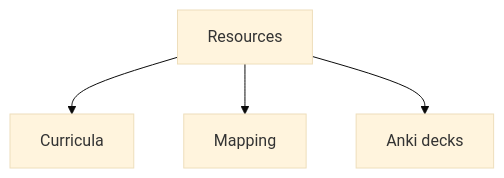
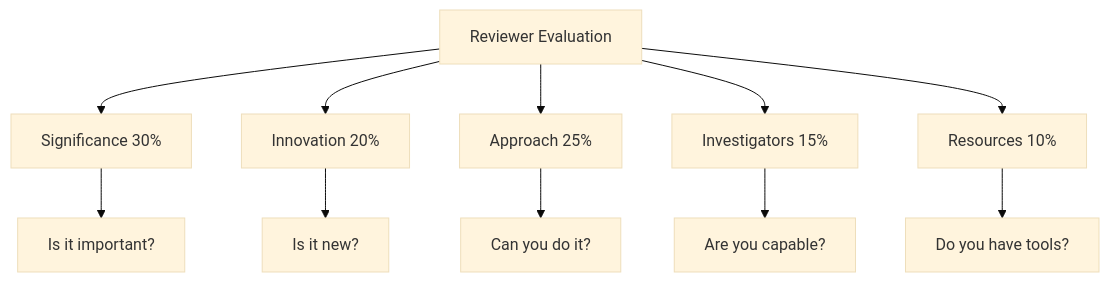
The seventh of 7 diagrams in 04_MPhil_PhD_Prep/mock_research_proposals/README.md (yip-lgtm/PhysicsSelfStudy), drawn with Mermaid (base theme) before and after one commit. The commit also changed other lines of this file and 4 other files, not shown here.

````diff
--- a/04_MPhil_PhD_Prep/mock_research_proposals/README.md
+++ b/04_MPhil_PhD_Prep/mock_research_proposals/README.md
@@ -140,6 +589,13 @@
 ```mermaid
 graph TD
-    A[Resources] --> B[Curricula]
-    A --> C[Mapping]
-    A --> D[Anki decks]
+    A[Reviewer Evaluation] --> B[Significance 30%]
+    A --> C[Innovation 20%]
+    A --> D[Approach 25%]
+    A --> E[Investigators 15%]
+    A --> F[Resources 10%]
+    B --> G[Is it important?]
+    C --> H[Is it new?]
+    D --> I[Can you do it?]
+    E --> J[Are you capable?]
+    F --> K[Do you have tools?]
 ```
````
